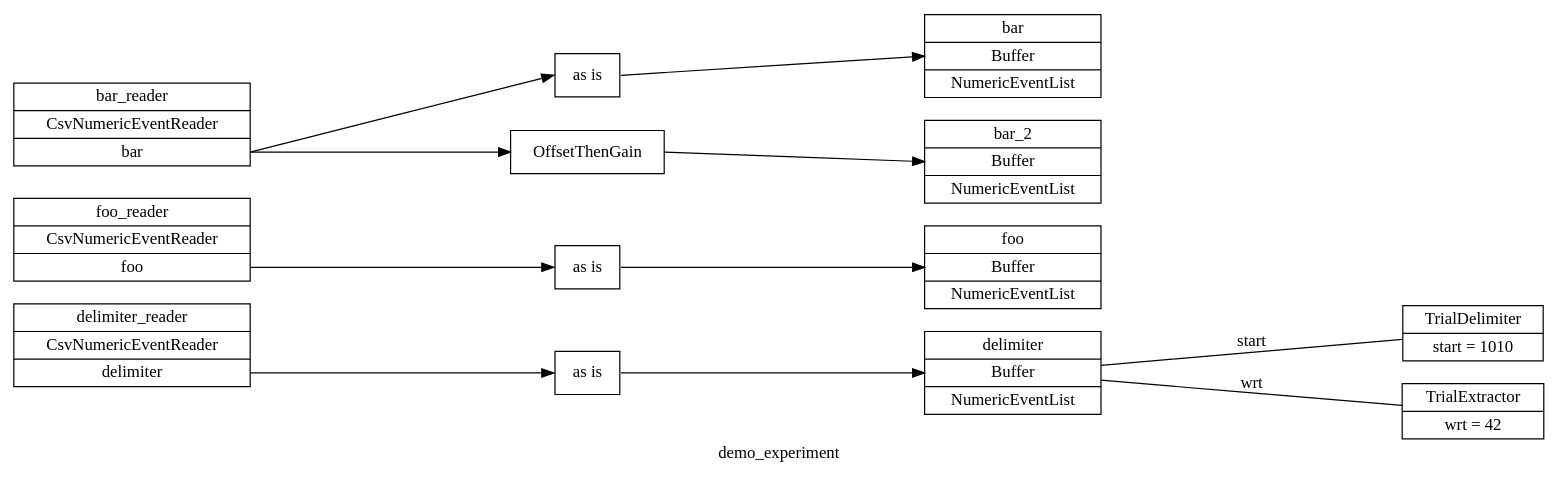
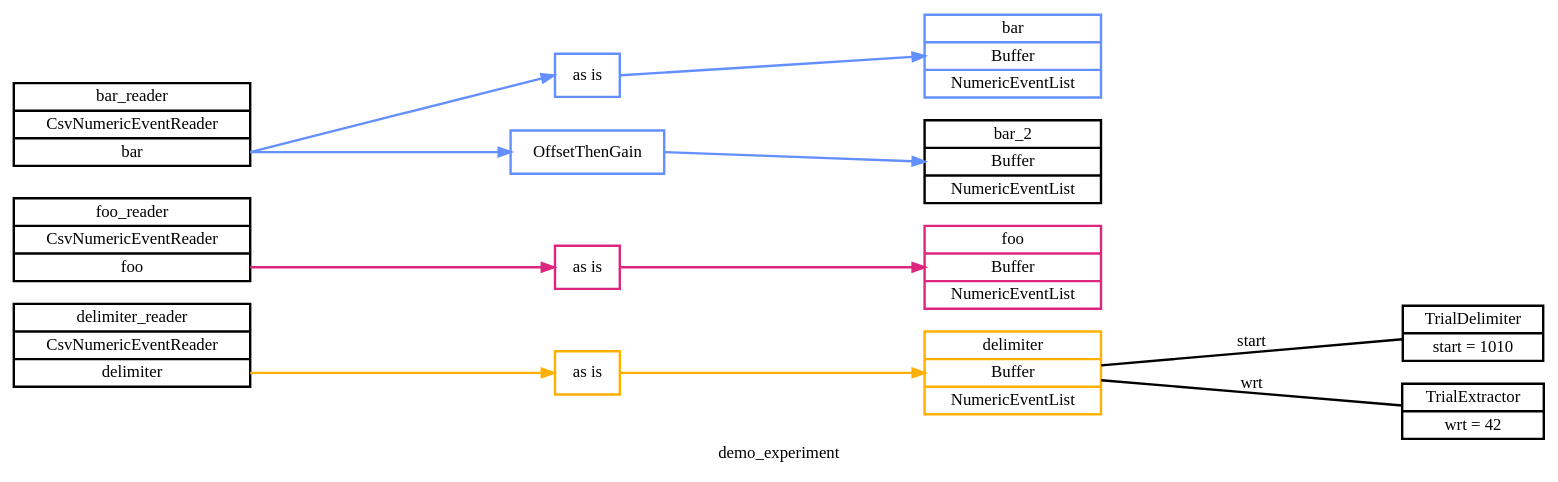
One commit to benjamin-heasly/gold-lab-nwb-conversions changed the diagram in pyramid/docs/core-demo/demo_experiment.dot. Above: the diagram before and after it, drawn with Graphviz. The commit also changed 6 other files, not shown here.

Commit message:
Try color-coding Pyramid routes from reader to buffer.

```diff
--- a/pyramid/docs/core-demo/demo_experiment.dot
+++ b/pyramid/docs/core-demo/demo_experiment.dot
@@ -1,26 +1,28 @@
 digraph demo_experiment {
 	graph [label=demo_experiment overlap=scale rankdir=LR ranksep=3.0 splines=false]
+	node [penwidth=2.0]
+	edge [penwidth=2.0]
 	delimiter_reader [label="delimiter_reader|CsvNumericEventReader|<delimiter>delimiter" shape=record]
 	foo_reader [label="foo_reader|CsvNumericEventReader|<foo>foo" shape=record]
 	bar_reader [label="bar_reader|CsvNumericEventReader|<bar>bar" shape=record]
-	delimiter [label="delimiter|Buffer|NumericEventList" shape=record]
-	foo [label="foo|Buffer|NumericEventList" shape=record]
-	bar [label="bar|Buffer|NumericEventList" shape=record]
+	delimiter [label="delimiter|Buffer|NumericEventList" color="#FFB000" shape=record]
+	foo [label="foo|Buffer|NumericEventList" color="#DC267F" shape=record]
+	bar [label="bar|Buffer|NumericEventList" color="#648FFF" shape=record]
 	bar_2 [label="bar_2|Buffer|NumericEventList" shape=record]
-	delimiter_reader_route_0 [label="as is" shape=record]
-	delimiter_reader:delimiter:e -> delimiter_reader_route_0:w
-	delimiter_reader_route_0:e -> delimiter:w
-	foo_reader_route_0 [label="as is" shape=record]
-	foo_reader:foo:e -> foo_reader_route_0:w
-	foo_reader_route_0:e -> foo:w
-	bar_reader_route_0 [label="as is" shape=record]
-	bar_reader:bar:e -> bar_reader_route_0:w
-	bar_reader_route_0:e -> bar:w
-	bar_reader_route_1 [label=OffsetThenGain shape=record]
-	bar_reader:bar:e -> bar_reader_route_1:w
-	bar_reader_route_1:e -> bar_2:w
+	delimiter_reader_route_0 [label="as is" color="#FFB000" shape=record]
+	delimiter_reader:delimiter:e -> delimiter_reader_route_0:w [color="#FFB000"]
+	delimiter_reader_route_0:e -> delimiter:w [color="#FFB000"]
+	foo_reader_route_0 [label="as is" color="#DC267F" shape=record]
+	foo_reader:foo:e -> foo_reader_route_0:w [color="#DC267F"]
+	foo_reader_route_0:e -> foo:w [color="#DC267F"]
+	bar_reader_route_0 [label="as is" color="#648FFF" shape=record]
+	bar_reader:bar:e -> bar_reader_route_0:w [color="#648FFF"]
+	bar_reader_route_0:e -> bar:w [color="#648FFF"]
+	bar_reader_route_1 [label=OffsetThenGain color="#648FFF" shape=record]
+	bar_reader:bar:e -> bar_reader_route_1:w [color="#648FFF"]
+	bar_reader_route_1:e -> bar_2:w [color="#648FFF"]
 	trial_delimiter [label="TrialDelimiter|start = 1010" shape=record]
 	delimiter -> trial_delimiter [label=start arrowhead=none arrowtail=none]
 	trial_extractor [label="TrialExtractor|wrt = 42" shape=record]
 	delimiter -> trial_extractor [label=wrt arrowhead=none arrowtail=none]
 }
```
